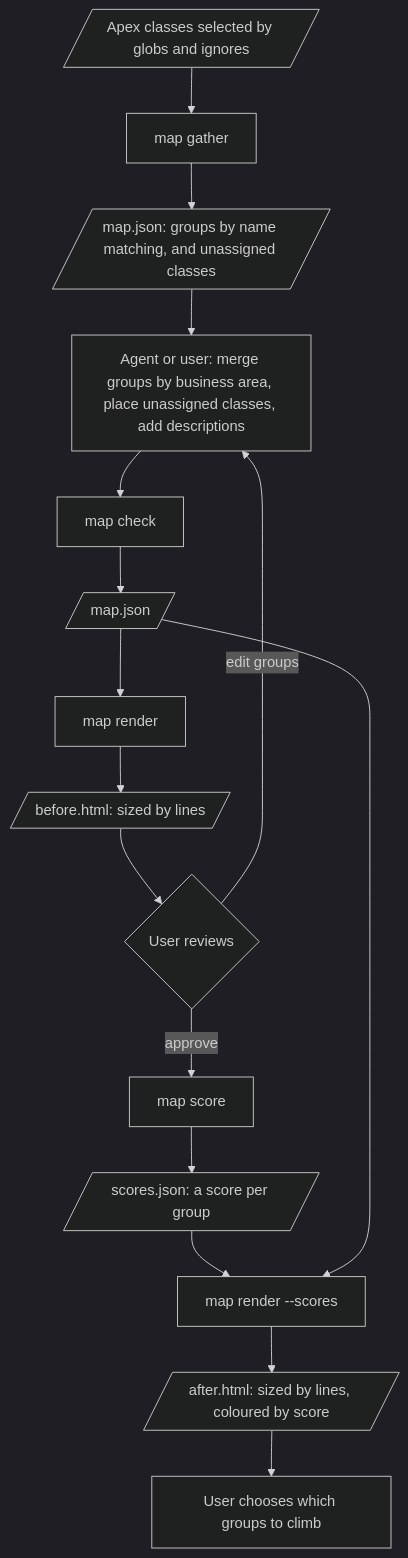
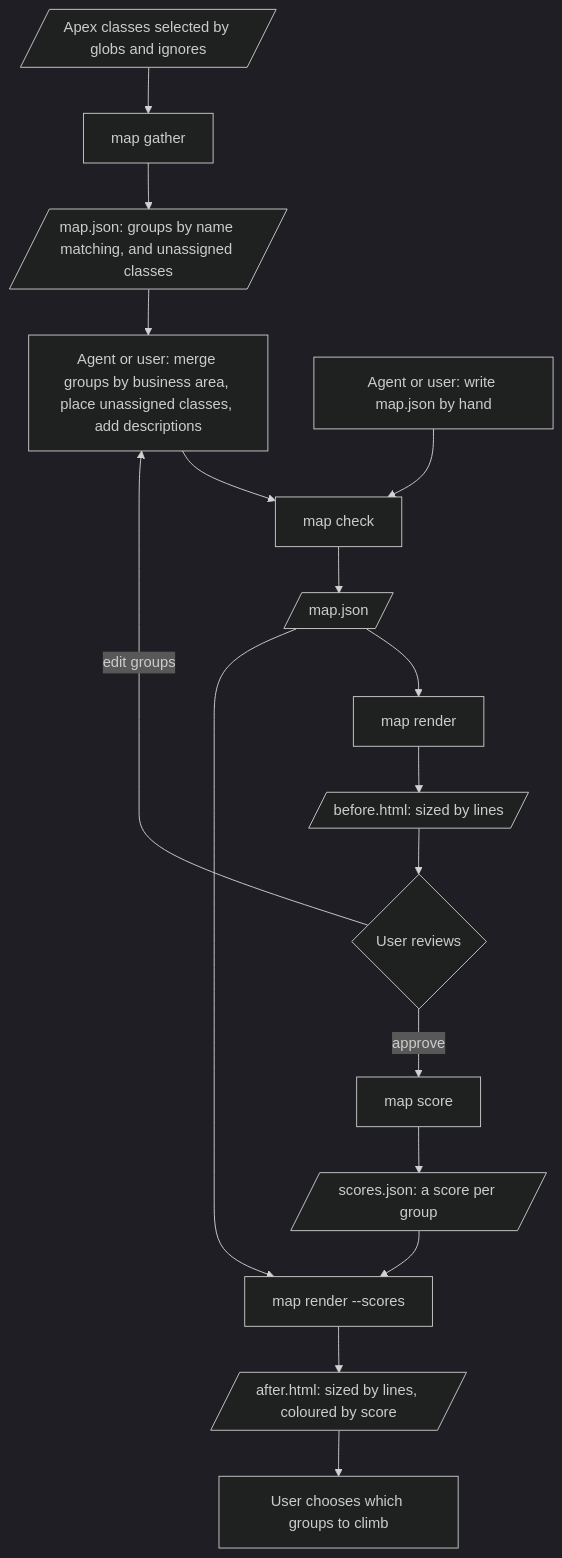
The diagram in doc/mapping.md (nextdoc/climber), drawn with Mermaid (dark theme) before and after one commit. The commit also changed other lines of this file and 7 other files, not shown here.

````diff
--- a/doc/mapping.md
+++ b/doc/mapping.md
@@ -9,18 +13,19 @@
 ```mermaid
 flowchart TD
   C[/"Apex classes selected by globs and ignores"/] --> G[map gather]
   G --> M[/"map.json: groups by name matching, and unassigned classes"/]
   M --> A[Agent or user: merge groups by business area, place unassigned classes, add descriptions]
   A --> K[map check]
+  H[Agent or user: write map.json by hand] --> K
   K --> M2[/"map.json"/]
   M2 --> B[map render]
   B --> T[/"before.html: sized by lines"/]
   T --> U{User reviews}
   U -->|edit groups| A
   U -->|approve| S[map score]
   S --> R[/"scores.json: a score per group"/]
   R --> AF[map render --scores]
   M2 --> AF
   AF --> TC[/"after.html: sized by lines, coloured by score"/]
   TC --> P[User chooses which groups to climb]
 ```
````
